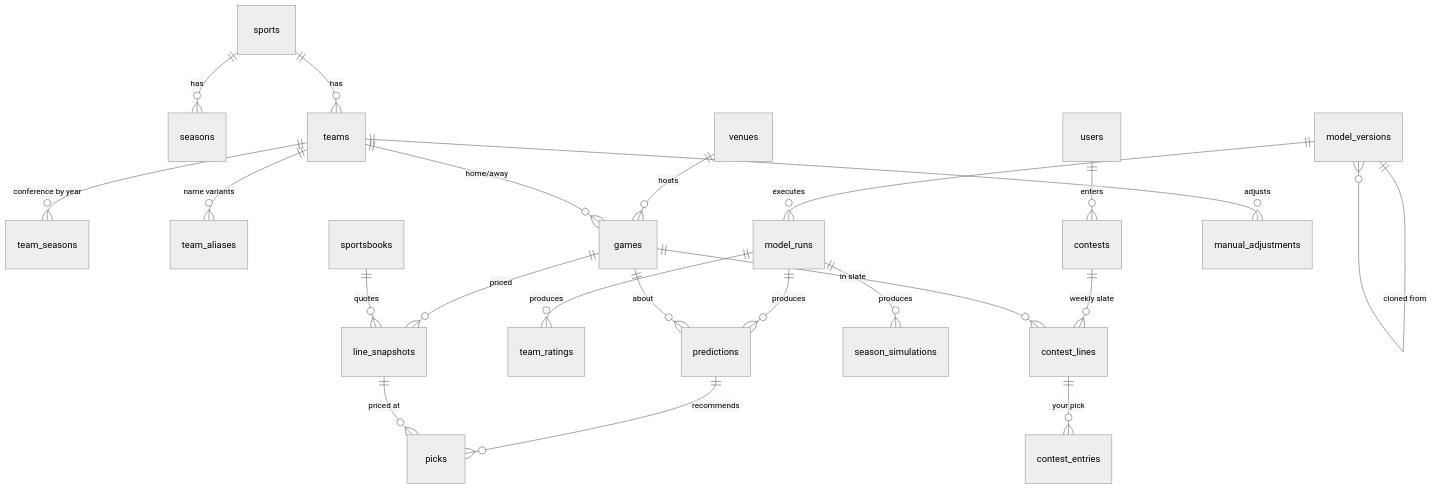
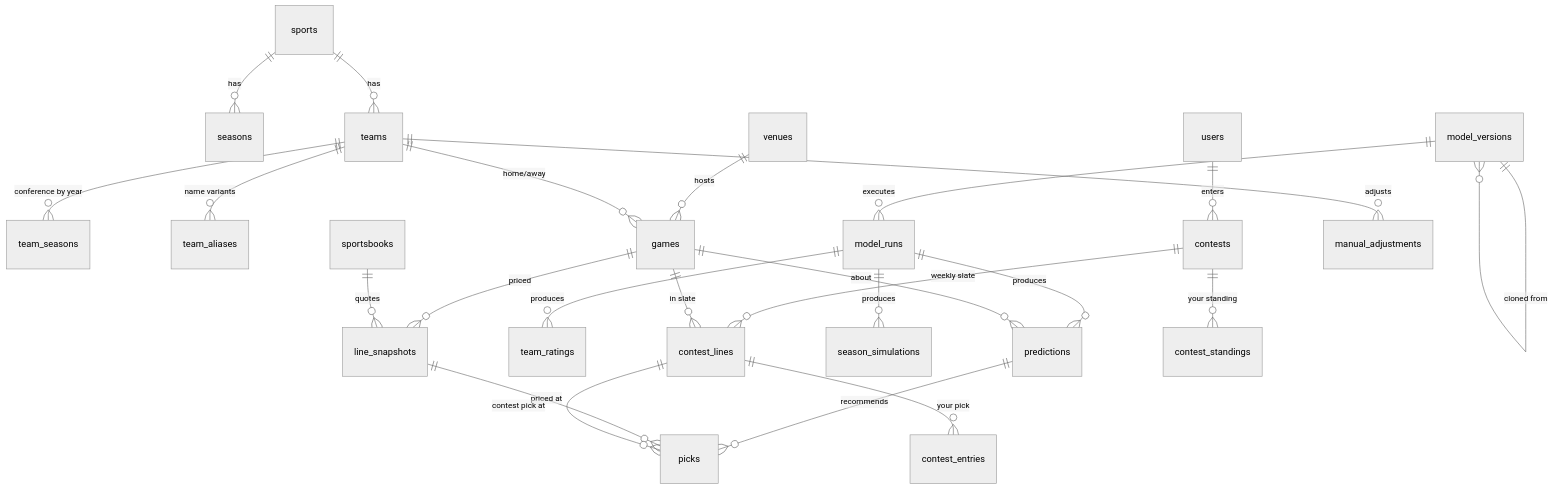
Before and after one commit to jtillmanio/cfb-model: the diagram in docs/03-data-model.md, drawn with Mermaid (neutral theme). The commit also changed other lines of this file and 23 other files, not shown here.

First line of the commit message:
feat(TASK-067): add the contest tables and contest picks (#159)

````diff
--- a/docs/03-data-model.md
+++ b/docs/03-data-model.md
@@ -137,24 +137,26 @@
 ```mermaid
 erDiagram
   sports ||--o{ seasons : has
   sports ||--o{ teams : has
   teams ||--o{ team_seasons : "conference by year"
   teams ||--o{ team_aliases : "name variants"
   venues ||--o{ games : hosts
   teams ||--o{ games : "home/away"
   games ||--o{ line_snapshots : priced
   sportsbooks ||--o{ line_snapshots : quotes
   model_versions ||--o{ model_versions : "cloned from"
   model_versions ||--o{ model_runs : executes
   model_runs ||--o{ team_ratings : produces
   model_runs ||--o{ predictions : produces
   model_runs ||--o{ season_simulations : produces
   games ||--o{ predictions : about
   predictions ||--o{ picks : recommends
   line_snapshots ||--o{ picks : "priced at"
   users ||--o{ contests : enters
   contests ||--o{ contest_lines : "weekly slate"
   games ||--o{ contest_lines : "in slate"
   contest_lines ||--o{ contest_entries : "your pick"
+  contest_lines ||--o{ picks : "contest pick at"
+  contests ||--o{ contest_standings : "your standing"
   teams ||--o{ manual_adjustments : adjusts
 ```
````
